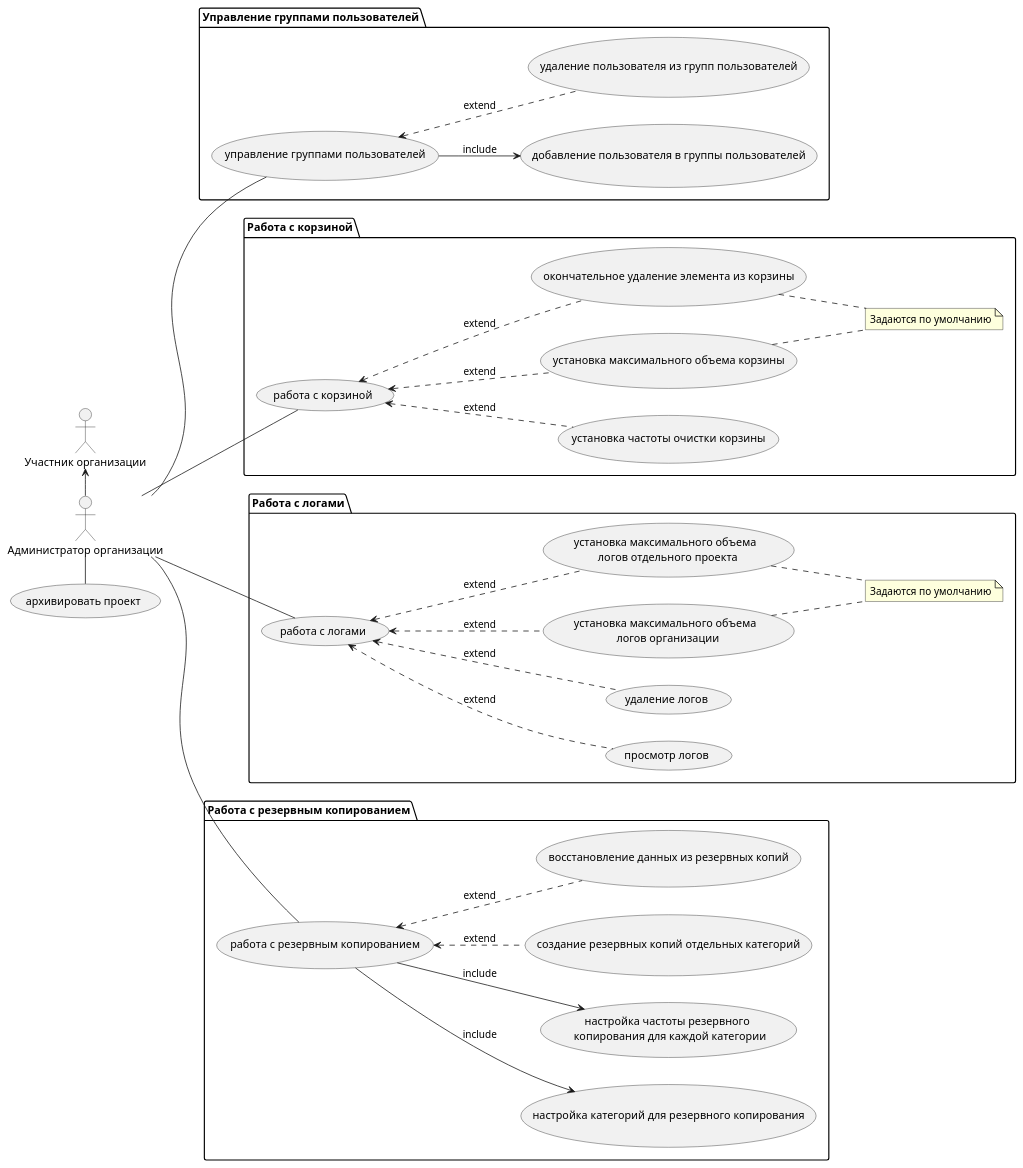
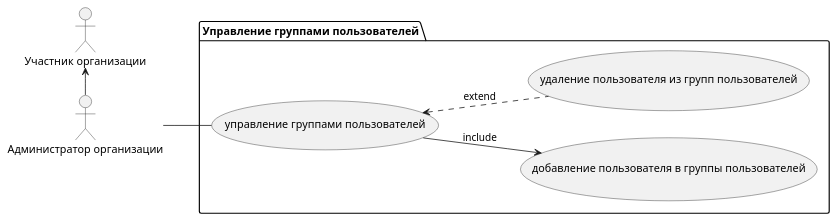
One commit to HandsAndKeyboards/TFlic changed the diagram in doc/diagrams/use case/admin use case.puml. Above: the diagram before and after it, drawn with PlantUML. The commit also changed 1 other file, not shown here.

Commit message:
изменил диаграмму use case

```diff
--- a/doc/diagrams/use case/admin use case.puml
+++ b/doc/diagrams/use case/admin use case.puml
@@ -1,56 +1,20 @@
 @startuml
 'https://plantuml.com/use-case-diagram
 
 left to right direction
 
 :Участник организации: as member 
 :Администратор организации: as adminOrg
 adminOrg -l-> member
 
 package "Управление группами пользователей" {
     (управление группами пользователей) as userGroupManaging
     adminOrg -- userGroupManaging
     
     userGroupManaging --> (добавление пользователя в группы пользователей) : include
     userGroupManaging <.. (удаление пользователя из групп пользователей) : extend   
 }
 
-package "Работа с корзиной" {
-    (работа с корзиной) as trashCanManaging
-    adminOrg -- trashCanManaging
-    
-    trashCanManaging <.. (установка частоты очистки корзины) : extend
-    trashCanManaging <.. (установка максимального объема корзины) : extend
-    trashCanManaging <.. (окончательное удаление элемента из корзины) : extend 
-    
-    note "Задаются по умолчанию" as n1
-    (установка максимального объема корзины) .. n1
-    (окончательное удаление элемента из корзины) .. n1
-}
-
-package "Работа с логами" {
-    (работа с логами) as logManaging
-    adminOrg -- logManaging
-    
-    logManaging <.. (просмотр логов) : extend
-    logManaging <.. (удаление логов) : extend
-    logManaging <.. (установка максимального объема \n логов организации) : extend
-    logManaging <.. (установка максимального объема \n логов отдельного проекта) : extend
-    
-    note "Задаются по умолчанию" as n2
-    (установка максимального объема \n логов организации) .. n2
-    (установка максимального объема \n логов отдельного проекта) .. n2
-}
-
-package "Работа с резервным копированием" {
-    (работа с резервным копированием) as backupManaging
-    adminOrg -- backupManaging    
-    
-    backupManaging --> (настройка категорий для резервного копирования) : include
-    backupManaging --> (настройка частоты резервного \n копирования для каждой категории) : include
-    backupManaging <.. (создание резервных копий отдельных категорий) : extend
-    backupManaging <.. (восстановление данных из резервных копий) : extend
-}
-adminOrg -r-  (архивировать проект)
+' adminOrg -r-  (архивировать проект)
 
 @enduml
```
